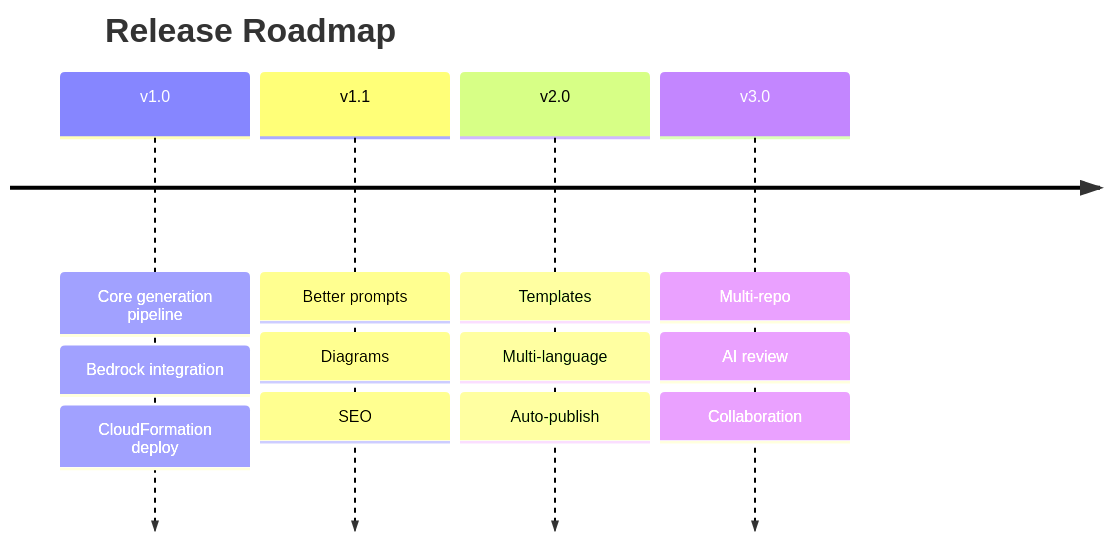
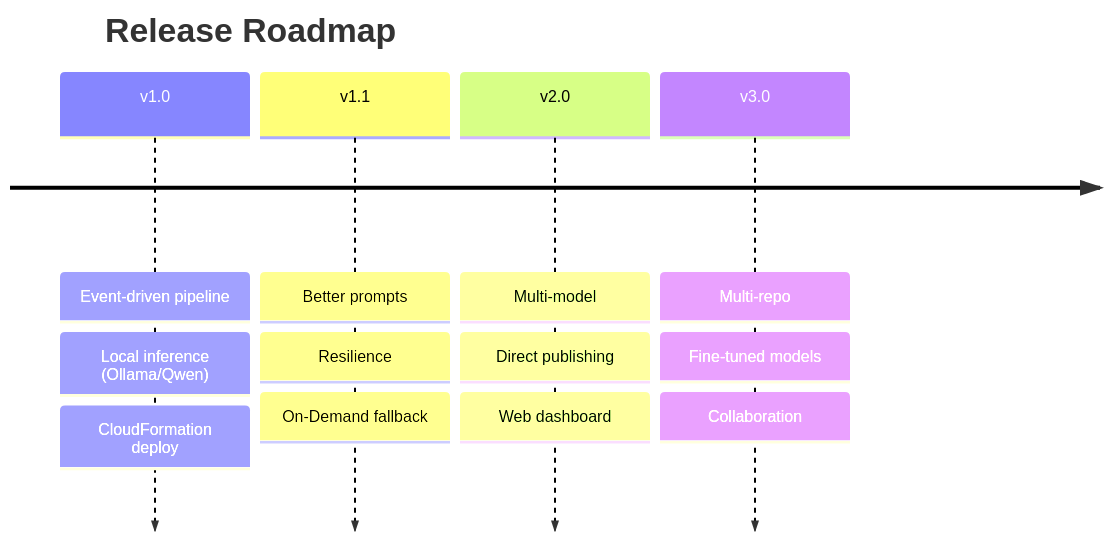
Before and after one commit to teddynted/ai-github-repository-blog-generator: the diagram in docs/roadmap.md, drawn with Mermaid. The commit also changed other lines of this file and 12 other files, not shown here.

First line of the commit message:
docs: pivot to self-hosted OpenClaw + Ollama + EC2 Spot architecture

````diff
--- a/docs/roadmap.md
+++ b/docs/roadmap.md
@@ -7,8 +7,8 @@
 ```mermaid
 timeline
     title Release Roadmap
-    v1.0 : Core generation pipeline : Bedrock integration : CloudFormation deploy
-    v1.1 : Better prompts : Diagrams : SEO
-    v2.0 : Templates : Multi-language : Auto-publish
-    v3.0 : Multi-repo : AI review : Collaboration
+    v1.0 : Event-driven pipeline : Local inference (Ollama/Qwen) : CloudFormation deploy
+    v1.1 : Better prompts : Resilience : On-Demand fallback
+    v2.0 : Multi-model : Direct publishing : Web dashboard
+    v3.0 : Multi-repo : Fine-tuned models : Collaboration
 ```
````
